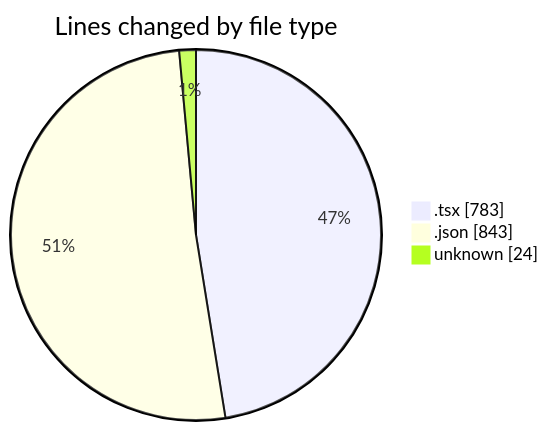
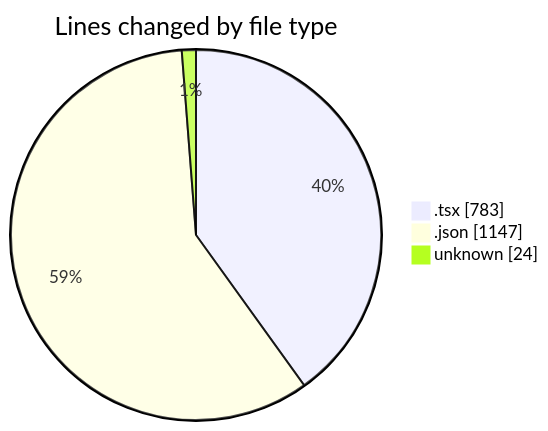
The first of 2 diagrams in 2025-07-17/ribbon/README.md (EIIisD/code-tracking), drawn with Mermaid before and after one commit. The commit also changed other lines of this file and 1 other file, not shown here.

````diff
--- a/2025-07-17/ribbon/README.md
+++ b/2025-07-17/ribbon/README.md
@@ -30,7 +30,7 @@
 ```mermaid
 pie showData
 title Lines changed by file type
 ".tsx" : 783
-".json" : 843
+".json" : 1147
 "unknown" : 24
 ```
````
